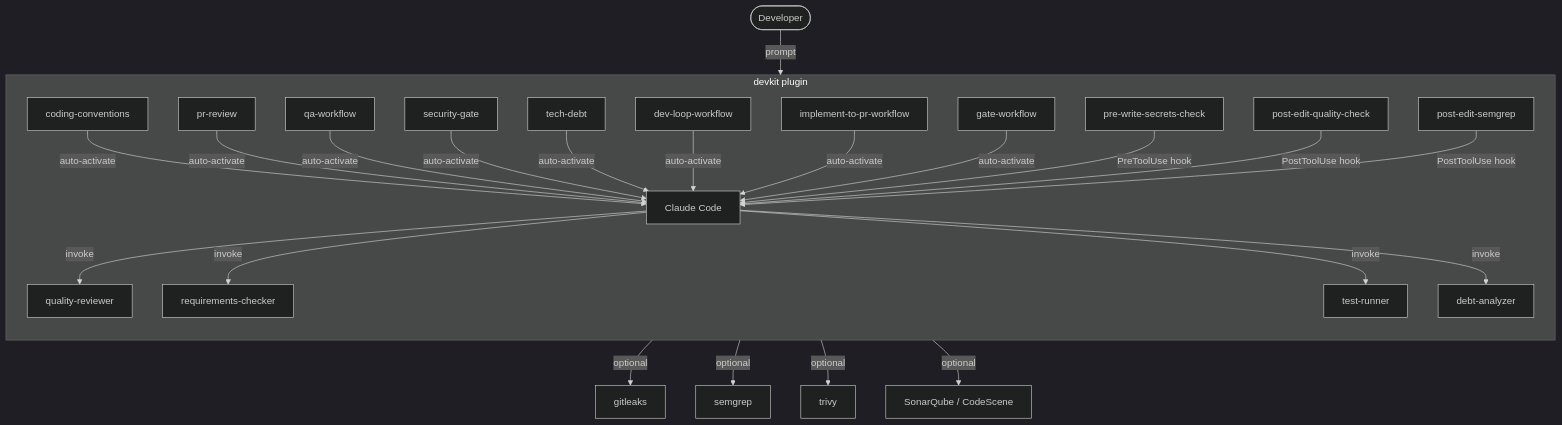
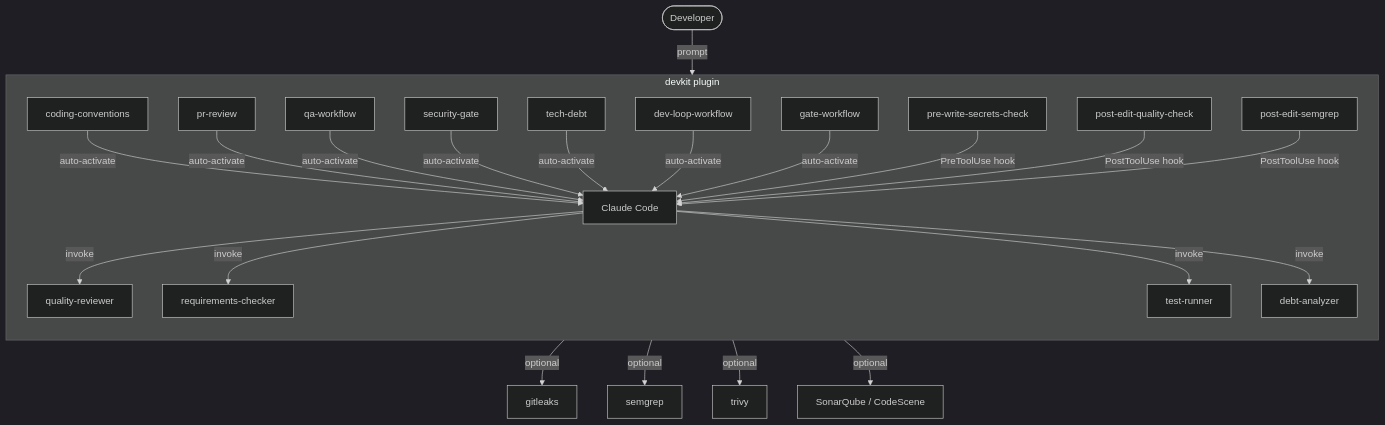
Before and after one commit to 3eer/devkit: the diagram in README.md, drawn with Mermaid (dark theme). The commit also changed other lines of this file and 9 other files, not shown here.

First line of the commit message:
refactor(devkit): implement-to-pr-workflow を dev-loop に統合 (2.9.0)

````diff
--- a/README.md
+++ b/README.md
@@ -49,30 +48,29 @@
 ```mermaid
 flowchart TD
     User([Developer]) -->|prompt| CC[Claude Code]
 
     subgraph devkit["devkit plugin"]
         direction TB
         S1[coding-conventions] -->|auto-activate| CC
         S2[pr-review] -->|auto-activate| CC
         S3[qa-workflow] -->|auto-activate| CC
         S4[security-gate] -->|auto-activate| CC
         S5[tech-debt] -->|auto-activate| CC
         S6[dev-loop-workflow] -->|auto-activate| CC
-        S7[implement-to-pr-workflow] -->|auto-activate| CC
-        S8[gate-workflow] -->|auto-activate| CC
+        S7[gate-workflow] -->|auto-activate| CC
 
         H1[pre-write-secrets-check] -->|PreToolUse hook| CC
         H2[post-edit-quality-check] -->|PostToolUse hook| CC
         H3[post-edit-semgrep] -->|PostToolUse hook| CC
 
         CC -->|invoke| A1[quality-reviewer]
         CC -->|invoke| A1b[requirements-checker]
         CC -->|invoke| A2[test-runner]
         CC -->|invoke| A3[debt-analyzer]
     end
 
     A2 -->|optional| EXT1[gitleaks]
     A2 -->|optional| EXT2[semgrep]
     A2 -->|optional| EXT3[trivy]
     A3 -->|optional| EXT4[SonarQube / CodeScene]
 ```
````
